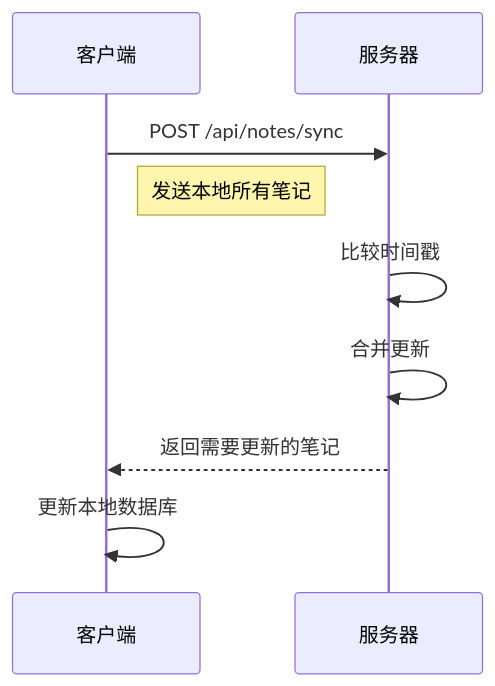
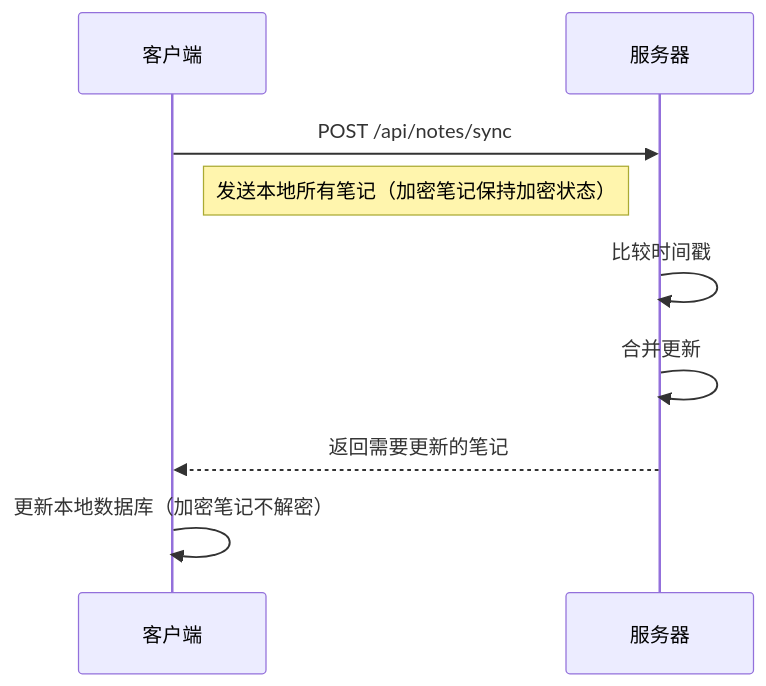
The diagram in docs/开发文档.md (ahikl/notes-app), drawn with Mermaid before and after one commit. The commit also changed other lines of this file and 103 other files, not shown here.

````diff
--- a/docs/开发文档.md
+++ b/docs/开发文档.md
@@ -193,15 +418,15 @@
 ```mermaid
 sequenceDiagram
     participant Client as 客户端
     participant Server as 服务器
 
     Client->>Server: POST /api/notes/sync
-    Note right of Client: 发送本地所有笔记
+    Note right of Client: 发送本地所有笔记（加密笔记保持加密状态）
 
     Server->>Server: 比较时间戳
     Server->>Server: 合并更新
 
     Server-->>Client: 返回需要更新的笔记
 
-    Client->>Client: 更新本地数据库
+    Client->>Client: 更新本地数据库（加密笔记不解密）
 ```
````
